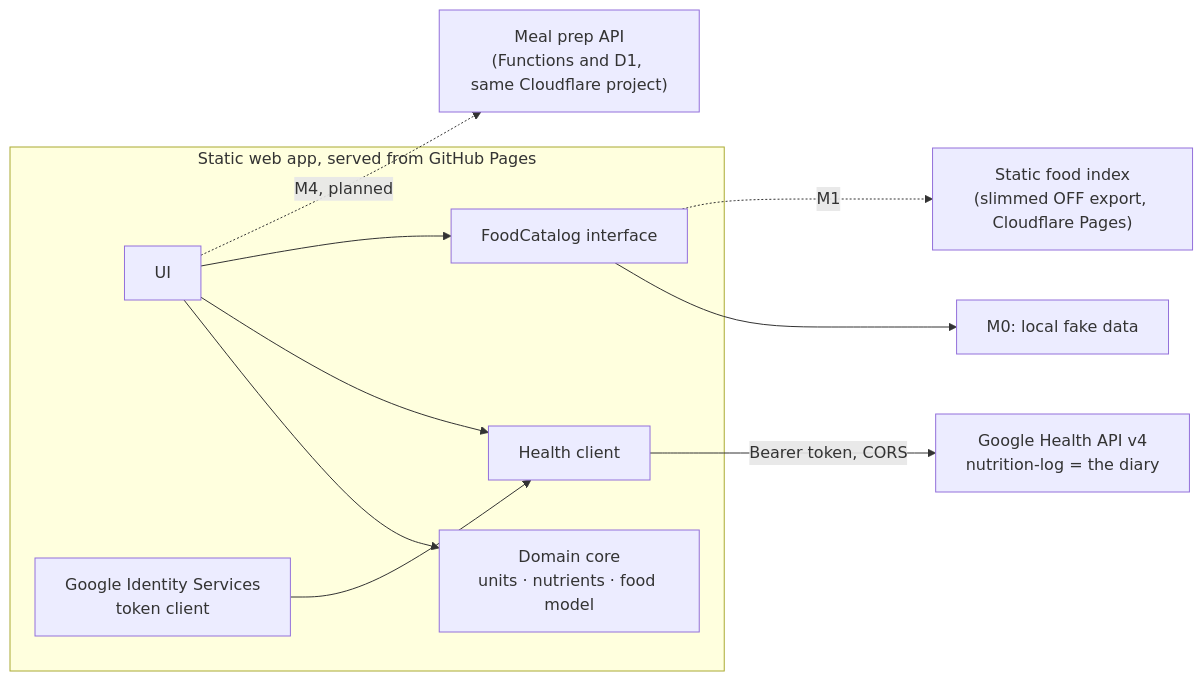
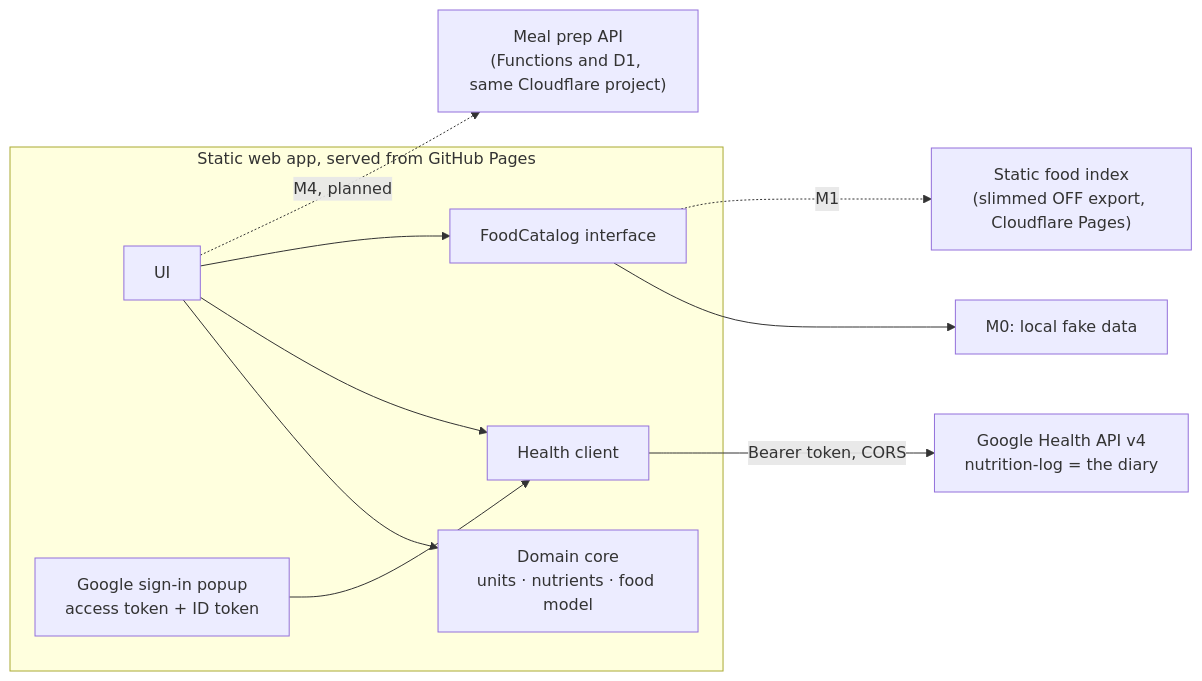
The diagram in docs/ARCHITECTURE.md (Froussios/fitbit-nutrition-portal), drawn with Mermaid before and after one commit. The commit also changed other lines of this file and 13 other files, not shown here.

First line of the commit message:
Sign in once for both an access token and an ID token (#68)

````diff
--- a/docs/ARCHITECTURE.md
+++ b/docs/ARCHITECTURE.md
@@ -43,13 +43,13 @@
 ```mermaid
 flowchart LR
   subgraph Browser["Static web app, served from GitHub Pages"]
     UI["UI"] --> Core["Domain core<br/>units · nutrients · food model"]
     UI --> HC["Health client"]
     UI --> FC["FoodCatalog interface"]
-    Auth["Google Identity Services<br/>token client"] --> HC
+    Auth["Google sign-in popup<br/>access token + ID token"] --> HC
   end
   HC -- "Bearer token, CORS" --> GHAPI["Google Health API v4<br/>nutrition-log = the diary"]
   FC --> Fake["M0: local fake data"]
   FC -. "M1" .-> Index["Static food index<br/>(slimmed OFF export, Cloudflare Pages)"]
   UI -. "M4, planned" .-> Prep["Meal prep API<br/>(Functions and D1, same Cloudflare project)"]
 ```
````
